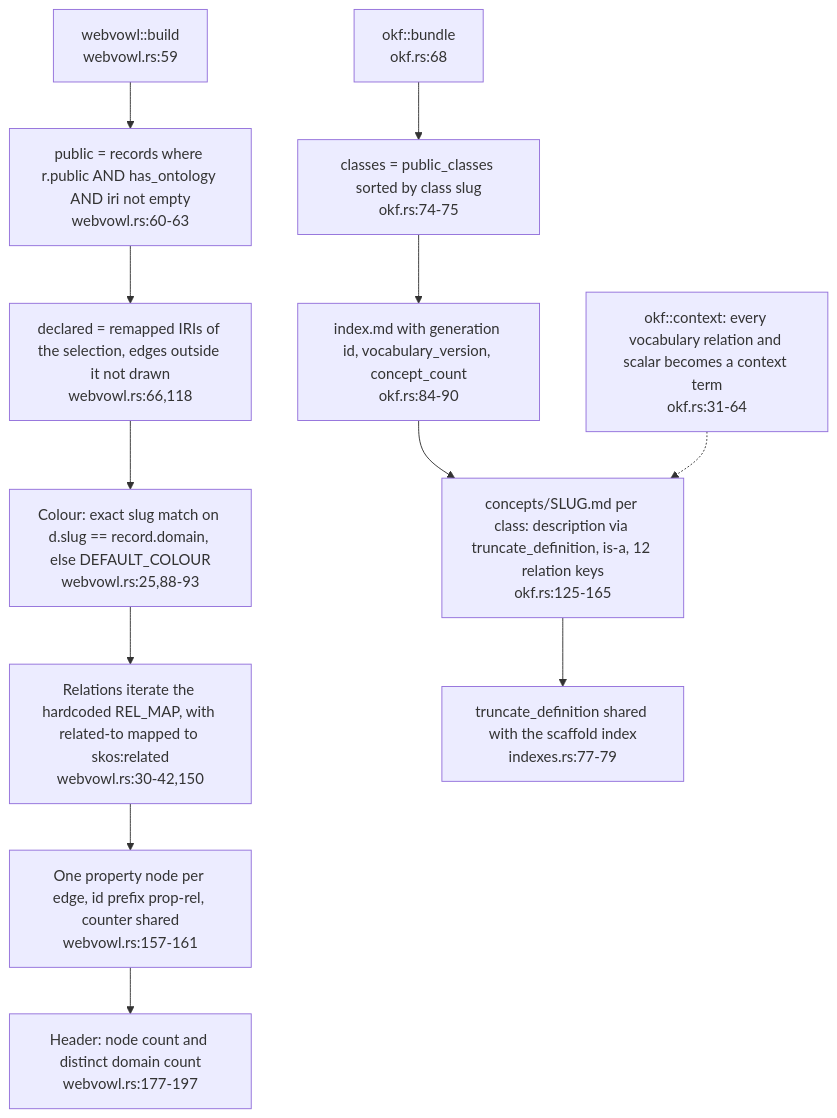
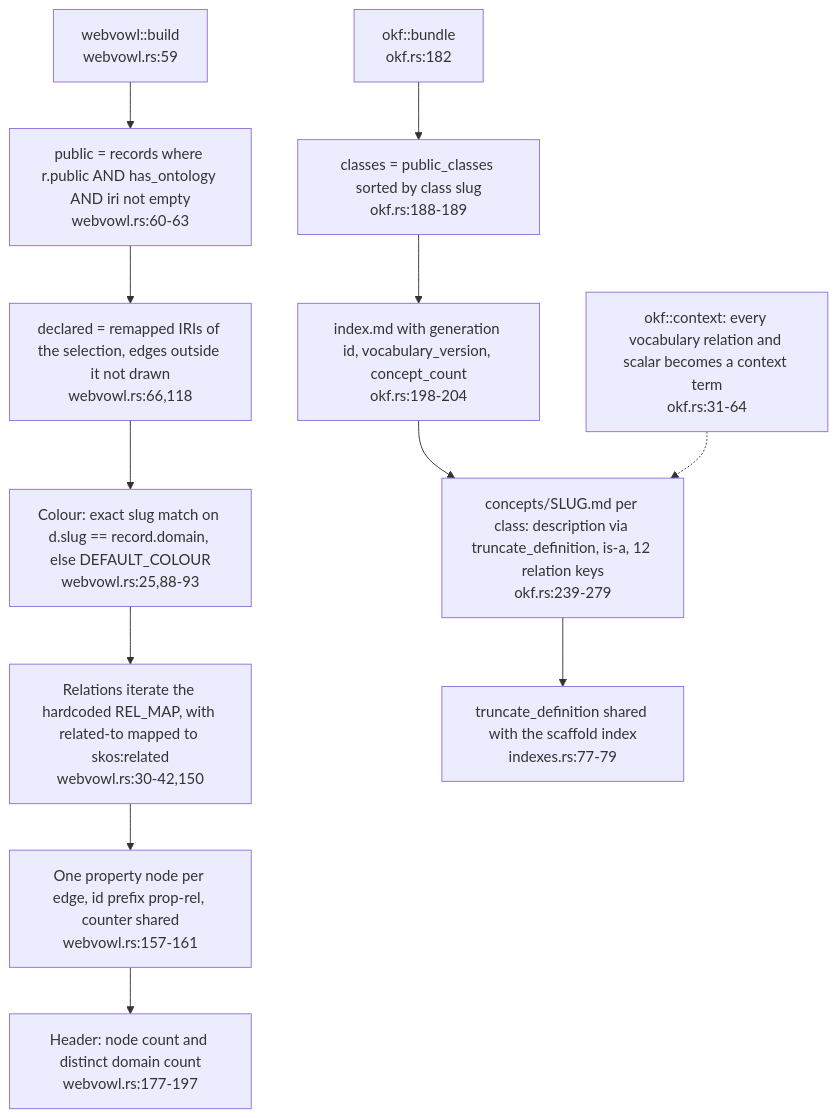
One commit to DreamLab-AI/VisionFlow changed the sixth of 7 diagrams in docs/diagrams/ontomark/04-emitters-turtle-indexes-tiers-and-contract-c3.md. Above: the diagram before and after it, drawn with Mermaid. The commit also changed other lines of this file and 59 other files, not shown here.

First line of the commit message:
docs(diagrams): re-derive and re-stamp forum, website, pod, ontomark and sealmap topics

````diff
--- a/docs/diagrams/ontomark/04-emitters-turtle-indexes-tiers-and-contract-c3.md
+++ b/docs/diagrams/ontomark/04-emitters-turtle-indexes-tiers-and-contract-c3.md
@@ -213,20 +213,20 @@
 ```mermaid
 flowchart TD
     VW["webvowl::build<br/>webvowl.rs:59"]
     VWSEL["public = records where r.public AND has_ontology AND iri not empty<br/>webvowl.rs:60-63"]
     VWDECL["declared = remapped IRIs of the selection, edges outside it not drawn<br/>webvowl.rs:66,118"]
     VWCOL["Colour: exact slug match on d.slug == record.domain, else DEFAULT_COLOUR<br/>webvowl.rs:25,88-93"]
     VWREL["Relations iterate the hardcoded REL_MAP, with related-to mapped to skos:related<br/>webvowl.rs:30-42,150"]
     VWPROP["One property node per edge, id prefix prop-rel, counter shared<br/>webvowl.rs:157-161"]
     VWHDR["Header: node count and distinct domain count<br/>webvowl.rs:177-197"]
-    OK["okf::bundle<br/>okf.rs:68"]
-    OKSEL["classes = public_classes sorted by class slug<br/>okf.rs:74-75"]
-    OKIDX["index.md with generation id, vocabulary_version, concept_count<br/>okf.rs:84-90"]
-    OKCON["concepts/SLUG.md per class: description via truncate_definition, is-a, 12 relation keys<br/>okf.rs:125-165"]
+    OK["okf::bundle<br/>okf.rs:182"]
+    OKSEL["classes = public_classes sorted by class slug<br/>okf.rs:188-189"]
+    OKIDX["index.md with generation id, vocabulary_version, concept_count<br/>okf.rs:198-204"]
+    OKCON["concepts/SLUG.md per class: description via truncate_definition, is-a, 12 relation keys<br/>okf.rs:239-279"]
     OKCTX["okf::context: every vocabulary relation and scalar becomes a context term<br/>okf.rs:31-64"]
     SHARED["truncate_definition shared with the scaffold index<br/>indexes.rs:77-79"]
     VW --> VWSEL --> VWDECL --> VWCOL --> VWREL --> VWPROP --> VWHDR
     OK --> OKSEL --> OKIDX --> OKCON
     OKCON --> SHARED
     OKCTX -.-> OKCON
 ```
````
